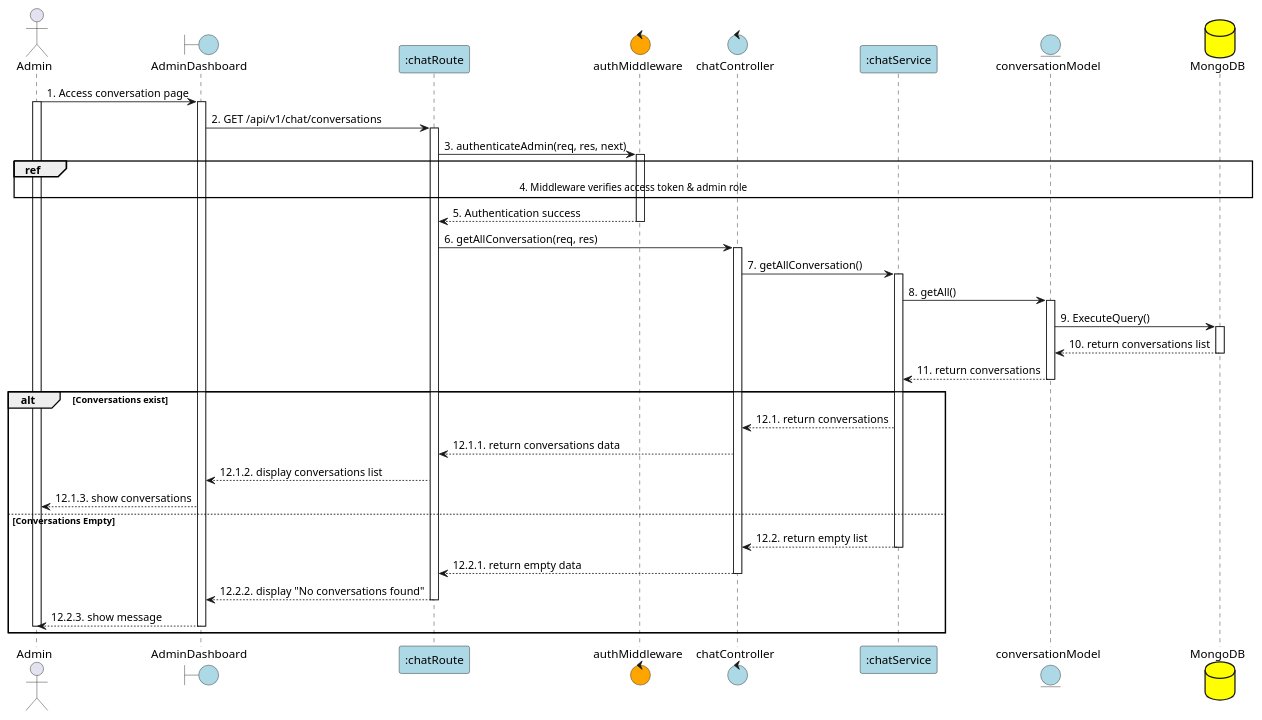
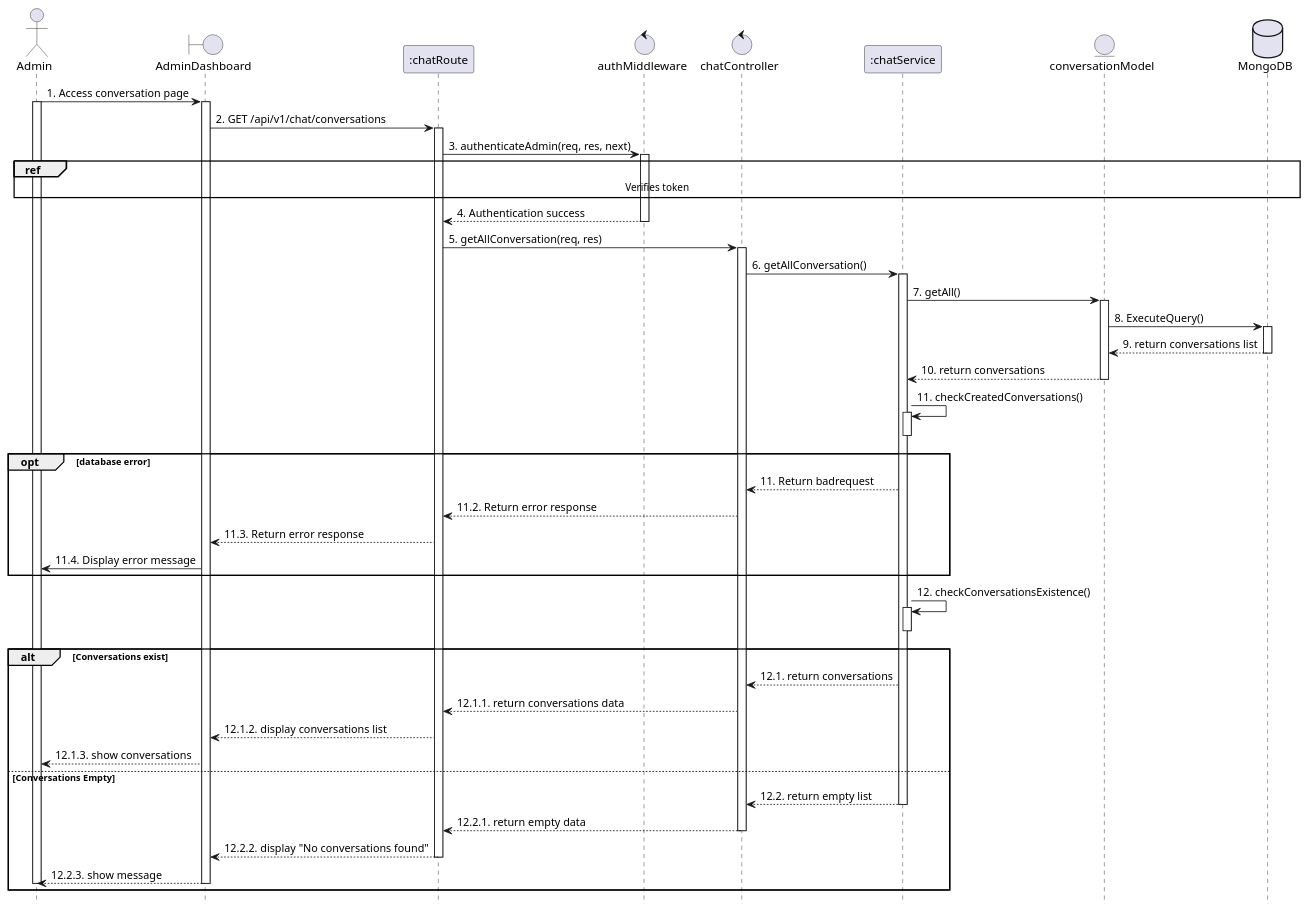
The diagram in planuml/web/21.5_viewConversation.puml (VietDurian/VietDurian), drawn with PlantUML before and after one commit. The commit also changed 22 other files, not shown here.

Commit message:
update sequence + be: fix type-product-pagination

```diff
--- a/planuml/web/21.5_viewConversation.puml
+++ b/planuml/web/21.5_viewConversation.puml
@@ -1,70 +1,86 @@
 @startuml ViewConversation
 
 actor Admin
-boundary "AdminDashboard" as View #lightblue
-participant ":chatRoute" as Route #lightblue
-control "authMiddleware" as Auth #Orange
-control "chatController" as Controller #lightblue
-participant ":chatService" as Service #lightblue
-entity "conversationModel" as Model #lightblue
-database "MongoDB" as MongoDB #yellow
+boundary "AdminDashboard" as View 
+participant ":chatRoute" as Route 
+control "authMiddleware" as Auth 
+control "chatController" as Controller 
+participant ":chatService" as Service 
+entity "conversationModel" as Model 
+database "MongoDB" as MongoDB 
+hide footbox
 
     Admin -> View: 1. Access conversation page
     activate Admin
     activate View
 
     View -> Route: 2. GET /api/v1/chat/conversations
     activate Route
 
     Route -> Auth: 3. authenticateAdmin(req, res, next)
     activate Auth
     
-    ref over Admin, View, Route, Auth, Controller, Service, Model, MongoDB : 4. Middleware verifies access token & admin role
+    ref over Admin, MongoDB : Verifies token
 
-    Auth --> Route: 5. Authentication success
+    Auth --> Route: 4. Authentication success
     deactivate Auth
 
-    Route -> Controller: 6. getAllConversation(req, res)
+    Route -> Controller: 5. getAllConversation(req, res)
     activate Controller
 
-    Controller -> Service: 7. getAllConversation()
+    Controller -> Service: 6. getAllConversation()
     activate Service
 
-    Service -> Model: 8. getAll()
+    Service -> Model: 7. getAll()
     activate Model
 
-    Model -> MongoDB: 9. ExecuteQuery()
+    Model -> MongoDB: 8. ExecuteQuery()
     activate MongoDB
-    MongoDB --> Model: 10. return conversations list
+    MongoDB --> Model: 9. return conversations list
     deactivate MongoDB
 
-    Model --> Service: 11. return conversations
+    Model --> Service: 10. return conversations
     deactivate Model
+
+    Service -> Service: 11. checkCreatedConversations()
+    activate Service    
+    deactivate Service
+
+    opt database error
+        Service --> Controller: 11. Return badrequest
+        Controller --> Route: 11.2. Return error response
+        Route --> View: 11.3. Return error response
+        View -> Admin: 11.4. Display error message
+    end
+
+    Service -> Service: 12. checkConversationsExistence()
+    activate Service
+    deactivate Service
 
    alt Conversations exist
 
         Service --> Controller: 12.1. return conversations
 
         Controller --> Route: 12.1.1. return conversations data
 
         Route --> View: 12.1.2. display conversations list
 
         View --> Admin: 12.1.3. show conversations
     else Conversations Empty
 
         Service --> Controller: 12.2. return empty list
         deactivate Service
 
         Controller --> Route: 12.2.1. return empty data
         deactivate Controller
 
         Route --> View: 12.2.2. display "No conversations found"
         deactivate Route
 
         View --> Admin: 12.2.3. show message
         deactivate View
         deactivate Admin
     end
 
 
 @enduml
```
